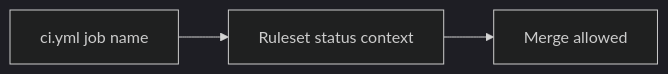
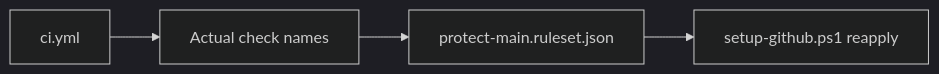
One commit to k-systems202208/python-sqlite-tailscale-webapp-template changed the fourth of 5 diagrams in docs/GITHUB-SETUP.md. Above: the diagram before and after it, drawn with Mermaid (dark theme). The commit also changed other lines of this file and 42 other files, not shown here.

````diff
--- a/docs/GITHUB-SETUP.md
+++ b/docs/GITHUB-SETUP.md
@@ -164,5 +106,6 @@
 ```mermaid
 flowchart LR
-    W["ci.yml job name"] --> R["Ruleset status context"]
-    R --> M["Merge allowed"]
+    W["ci.yml"] --> N["Actual check names"]
+    N --> J["protect-main.ruleset.json"]
+    J --> S["setup-github.ps1 reapply"]
 ```
````
